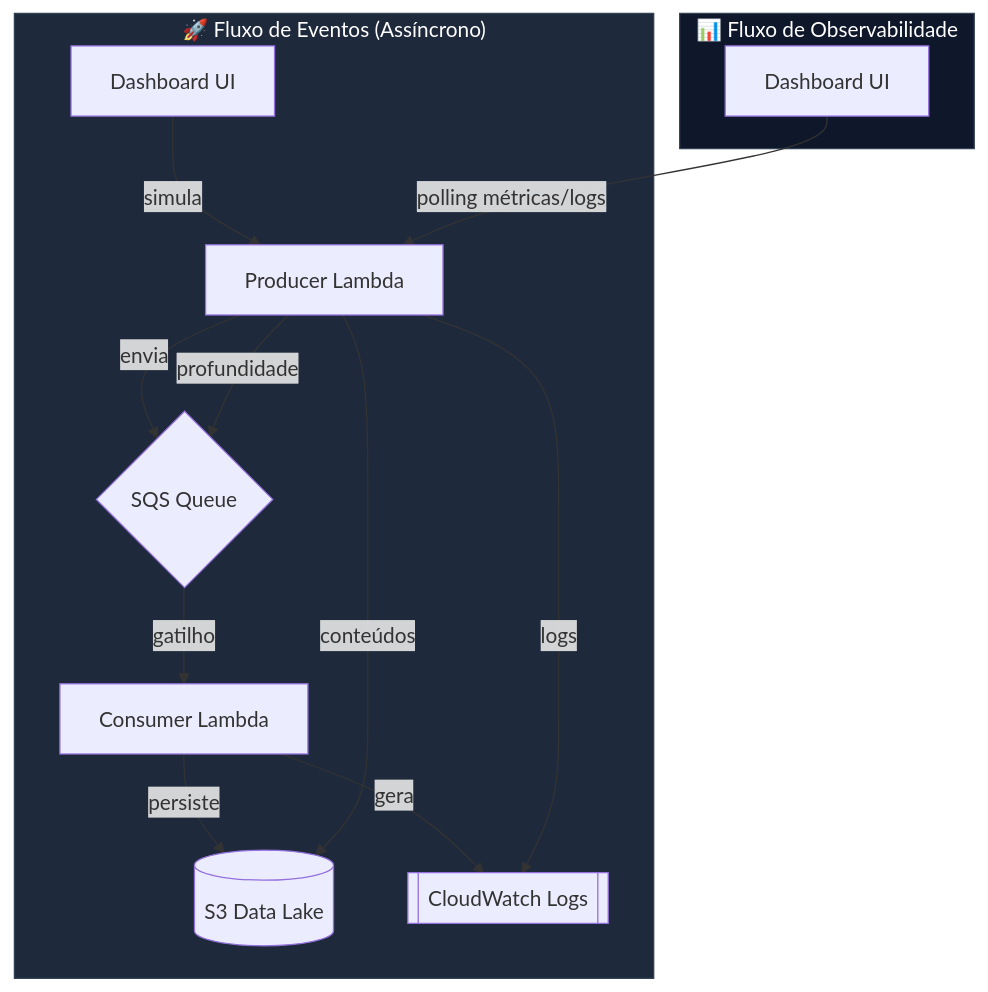
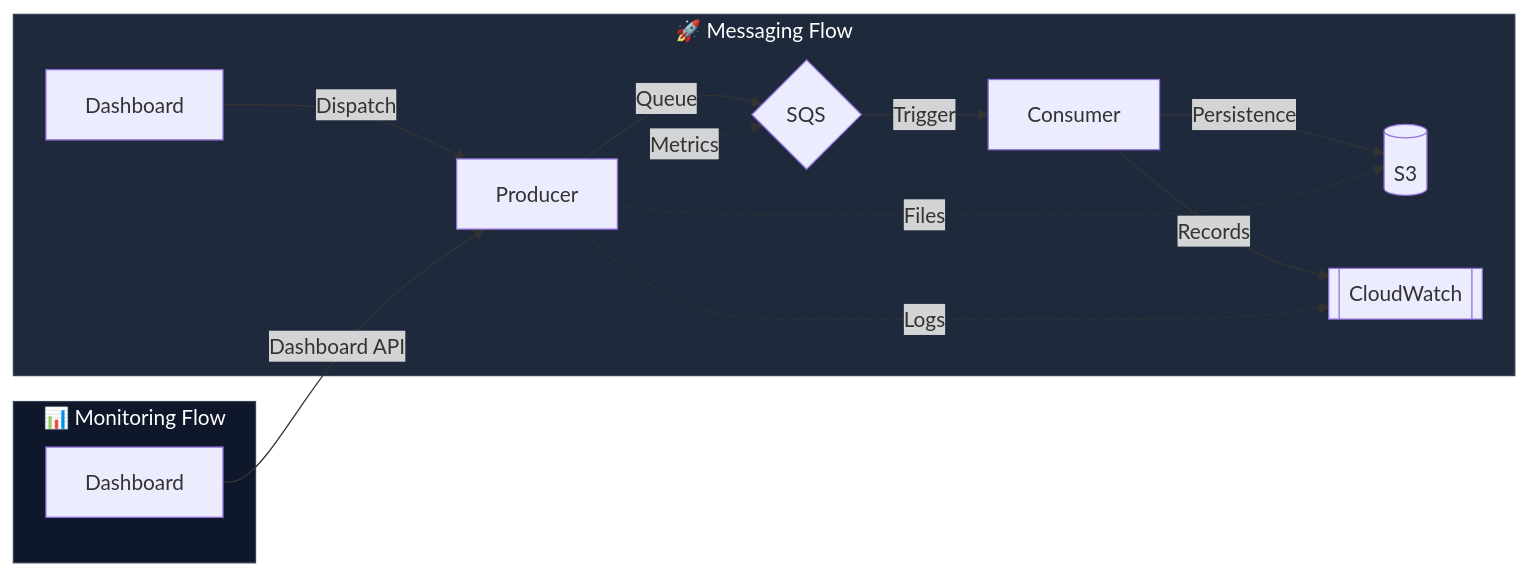
The diagram in README.md (RafaelB13/aws-study), drawn with Mermaid before and after one commit. The commit also changed other lines of this file, not shown here.

Commit message:
docs: Update architecture diagram, add S3 storage metrics, enhance S3 event repository details, and include an S3 LocalStack command.

````diff
--- a/README.md
+++ b/README.md
@@ -13,20 +13,20 @@
 ```mermaid
-flowchart TD
-    subgraph EventFlow ["🚀 Fluxo de Eventos (Assíncrono)"]
-        A[Dashboard UI] -- simula --> B[Producer Lambda]
-        B -- envia --> C{SQS Queue}
-        C -- gatilho --> D[Consumer Lambda]
-        D -- persiste --> E[(S3 Data Lake)]
-        D -- gera --> F[[CloudWatch Logs]]
+flowchart LR
+    subgraph Process ["🚀 Messaging Flow"]
+        A[Dashboard] -- Dispatch --> B[Producer]
+        B -- Queue --> C{SQS}
+        C -- Trigger --> D[Consumer]
+        D -- Persistence --> E[(S3)]
+        D -- Records --> F[[CloudWatch]]
     end
 
-    subgraph MonitorFlow ["📊 Fluxo de Observabilidade"]
-        G[Dashboard UI] -- polling métricas/logs --> B
-        B -- profundidade --> C
-        B -- conteúdos --> E
-        B -- logs --> F
+    subgraph Monitor ["📊 Monitoring Flow"]
+        G[Dashboard] -- Dashboard API --> B
+        B -.->|Metrics| C
+        B -.->|Files| E
+        B -.->|Logs| F
     end
 
-    style EventFlow fill:#1e293b,stroke:#334155,color:#fff
-    style MonitorFlow fill:#0f172a,stroke:#334155,color:#fff
+    style Process fill:#1e293b,stroke:#334155,color:#fff
+    style Monitor fill:#0f172a,stroke:#334155,color:#fff
 ```
````
